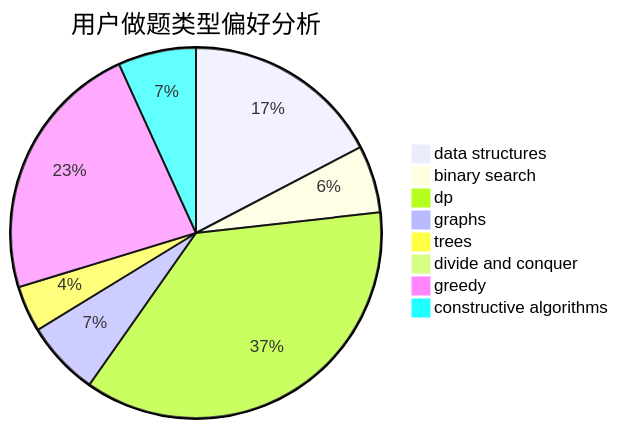
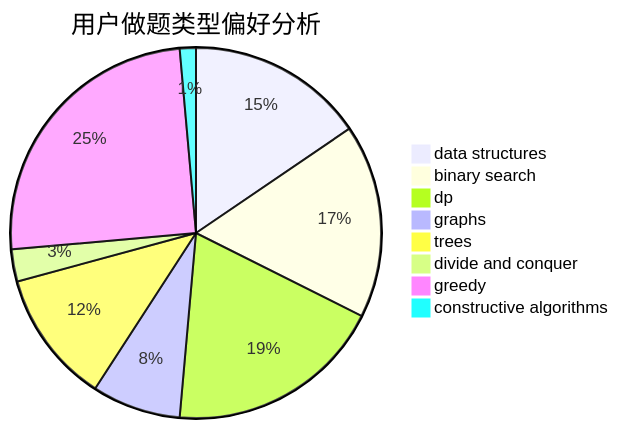
Before and after one commit to sherpahu/cfrs.github.io: the second of 3 diagrams in docs/user/u1295.md, drawn with Mermaid. The commit also changed other lines of this file and 2770 other files, not shown here.

````diff
--- a/docs/user/u1295.md
+++ b/docs/user/u1295.md
@@ -23,11 +23,11 @@
 ```mermaid
 pie title 用户做题类型偏好分析
-    "data structures" :  56
-    "binary search" :  19
-    "dp" :  118
-    "graphs" :  21
-    "trees" :  13
-    "divide and conquer" :  0
-    "greedy" :  74
-    "constructive algorithms" :  22
+    "data structures" :  88
+    "binary search" :  96
+    "dp" :  108
+    "graphs" :  44
+    "trees" :  66
+    "divide and conquer" :  16
+    "greedy" :  142
+    "constructive algorithms" :  8
 ```
````
